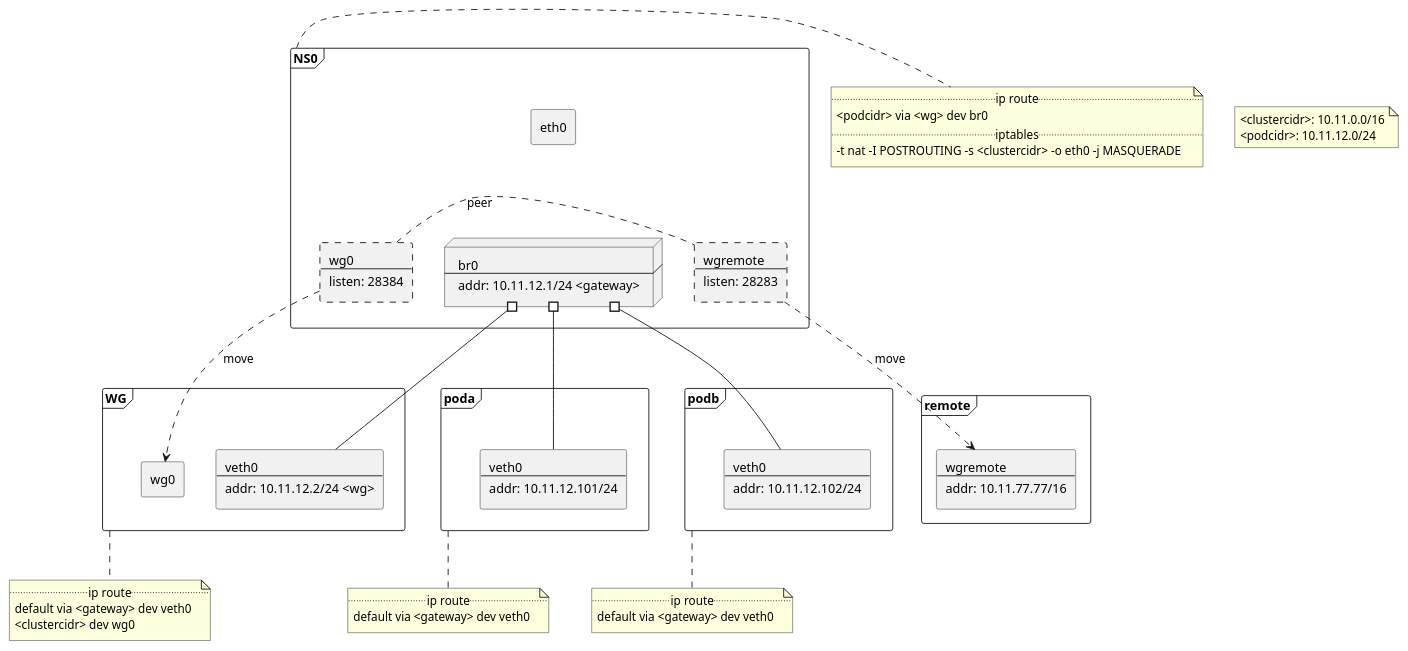
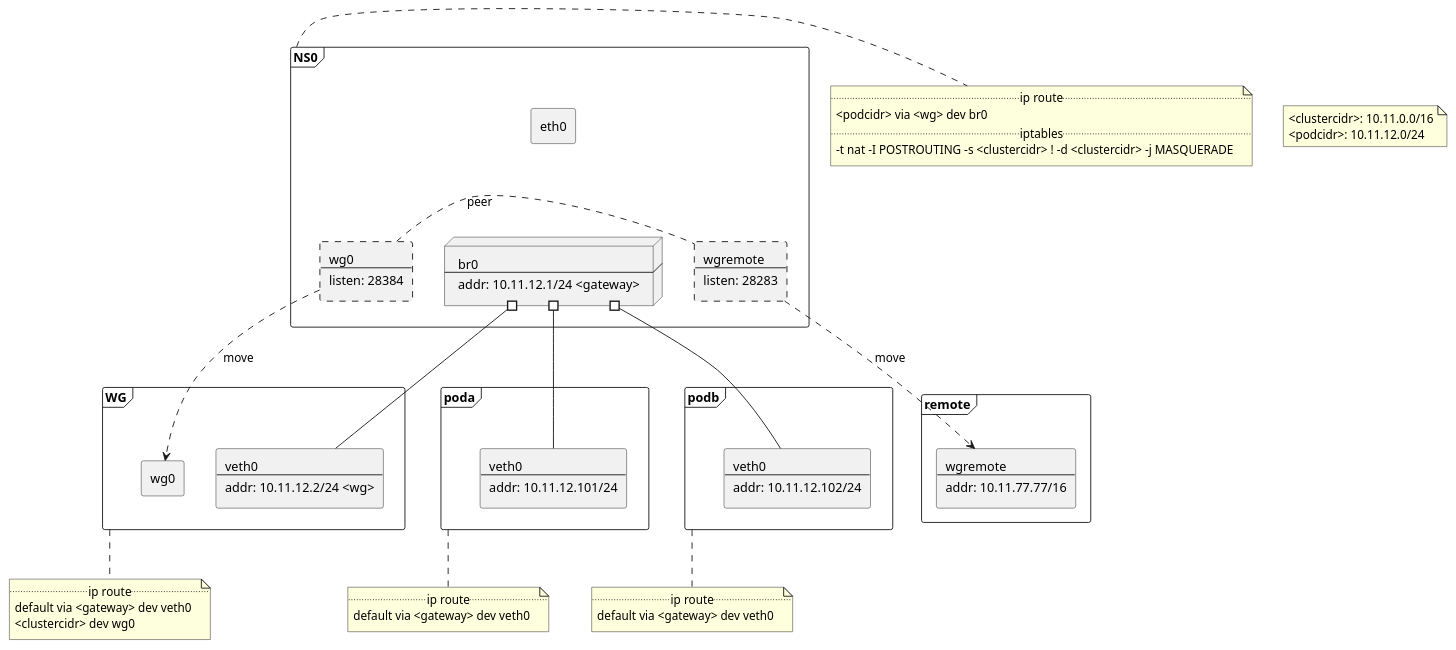
One commit to tdihp/myakshack changed the diagram in mncni/naivewg/poc.plantuml. Above: the diagram before and after it, drawn with PlantUML. The commit also changed 1 other file, not shown here.

Commit message:
mncni: naivewg pod.plantuml change iptables rule to match poc.md

```diff
--- a/mncni/naivewg/poc.plantuml
+++ b/mncni/naivewg/poc.plantuml
@@ -1,98 +1,98 @@
 @startuml
 
 note as N1
     <clustercidr>: 10.11.0.0/16
     <podcidr>: 10.11.12.0/24
 end note
 
 frame NS0 {
     node br0 [
         br0
         ---
         addr: 10.11.12.1/24 <gateway>
     ]
     rectangle ns0wg0 #line.dashed [
         wg0
         ---
         listen: 28384
     ] 
     rectangle ns0wgremote #line.dashed [
         wgremote
         ---
         listen: 28283
     ]
     
     rectangle eth0
     br0 -[hidden]left-> ns0wg0
     ns0wg0 ..right. ns0wgremote : peer
     eth0 -[hidden]down-> br0
 }
 note right of NS0
     ..ip route..
     <podcidr> via <wg> dev br0
     ..iptables..
-    -t nat -I POSTROUTING -s <clustercidr> -o eth0 -j MASQUERADE 
+    -t nat -I POSTROUTING -s <clustercidr> ! -d <clustercidr> -j MASQUERADE
 end note
 
 frame WG {
 
     rectangle wg0 as wgwg0 
     rectangle wgveth0 [
         veth0
         ---
         addr: 10.11.12.2/24 <wg>
     ]
 }
 note bottom of WG
     ..ip route..
     default via <gateway> dev veth0
     <clustercidr> dev wg0
 end note
 
 ns0wg0 -[dashed]-> wgwg0 : move
 br0 #-- wgveth0
 
 frame poda {
 
     rectangle podaveth0 [
         veth0
         ---
         addr: 10.11.12.101/24
     ]
 }
 note bottom of poda
     ..ip route..
     default via <gateway> dev veth0
 end note
 
 br0 #-- podaveth0
 
 frame podb {
 
     rectangle podbveth0 [
         veth0
         ---
         addr: 10.11.12.102/24
     ]
 }
 
 note bottom of podb
     ..ip route..
     default via <gateway> dev veth0
 end note
 
 br0 #-- podbveth0
 
 frame remote {
 
     rectangle remotewgremote [
         wgremote
         ---
         addr: 10.11.77.77/16
     ]
 }
 
 ns0wgremote -[dashed]-> remotewgremote : move
 
 
 @enduml
```
